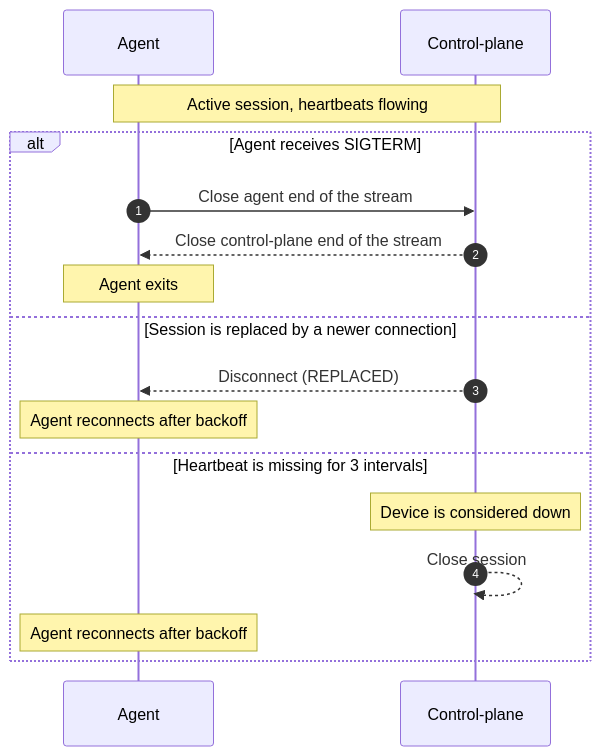
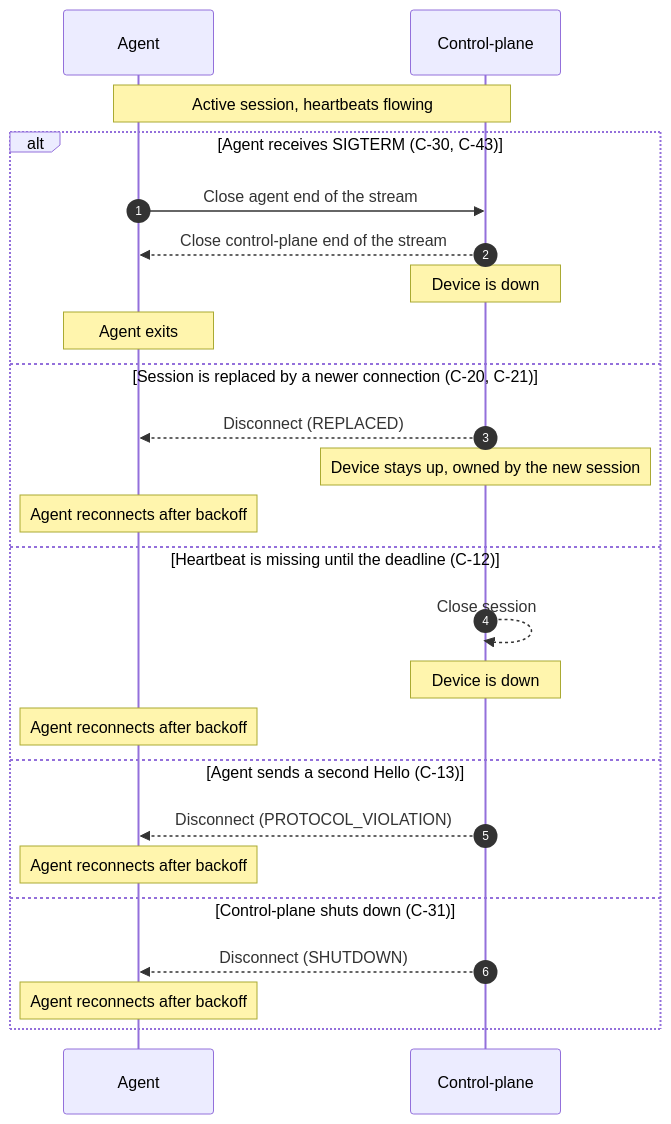
One commit to GrandAdmiralBee/fleetwatch changed the second of 4 diagrams in docs/src/architecture/03-agent-protocol.md. Above: the diagram before and after it, drawn with Mermaid. The commit also changed other lines of this file, not shown here.

Commit message:
docs: added rules for TDD to follow for protocol

````diff
--- a/docs/src/architecture/03-agent-protocol.md
+++ b/docs/src/architecture/03-agent-protocol.md
@@ -51,21 +144,29 @@
 ```mermaid
 sequenceDiagram
     autonumber
     participant A as Agent
     participant C as Control-plane
 
     Note over A,C: Active session, heartbeats flowing
 
-    alt Agent receives SIGTERM
+    alt Agent receives SIGTERM (C-30, C-43)
         A->>C: Close agent end of the stream
         C-->>A: Close control-plane end of the stream
+        Note over C: Device is down
         Note over A: Agent exits
-    else Session is replaced by a newer connection
+    else Session is replaced by a newer connection (C-20, C-21)
         C-->>A: Disconnect (REPLACED)
+        Note over C: Device stays up, owned by the new session
         Note over A: Agent reconnects after backoff
-    else Heartbeat is missing for 3 intervals
-        Note over C: Device is considered down
+    else Heartbeat is missing until the deadline (C-12)
         C-->>C: Close session
+        Note over C: Device is down
+        Note over A: Agent reconnects after backoff
+    else Agent sends a second Hello (C-13)
+        C-->>A: Disconnect (PROTOCOL_VIOLATION)
+        Note over A: Agent reconnects after backoff
+    else Control-plane shuts down (C-31)
+        C-->>A: Disconnect (SHUTDOWN)
         Note over A: Agent reconnects after backoff
     end
 ```
````
